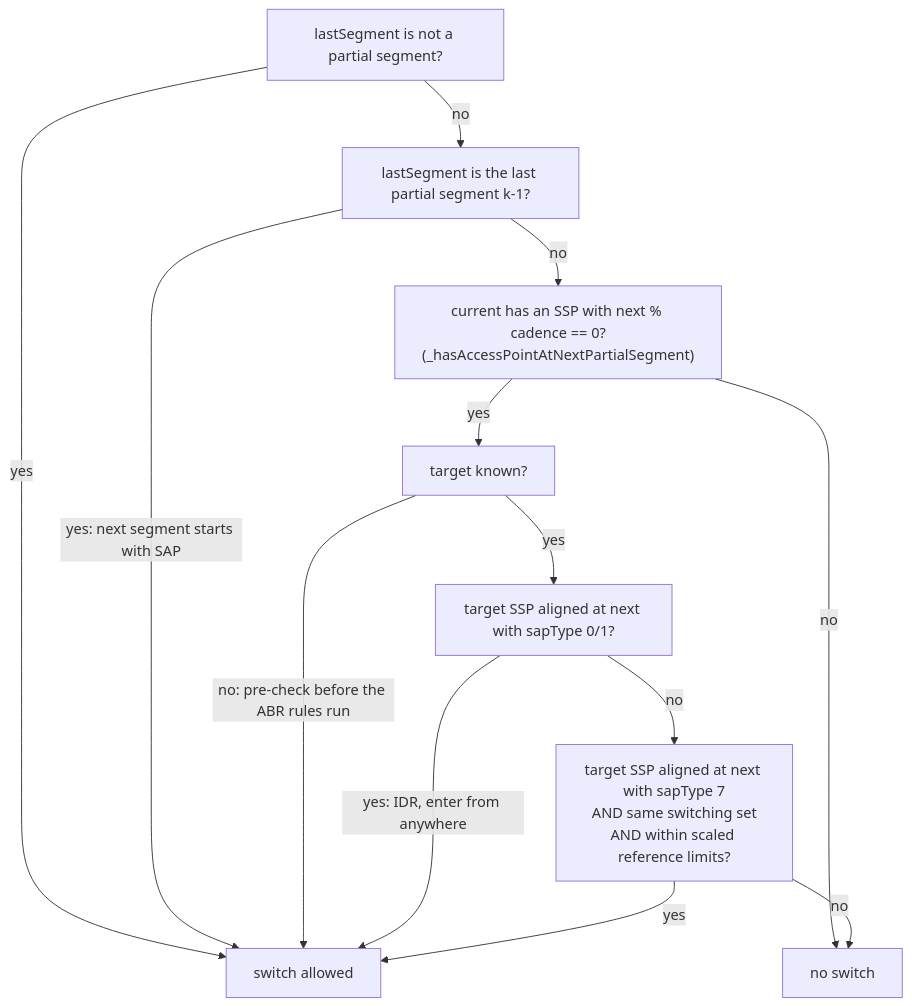
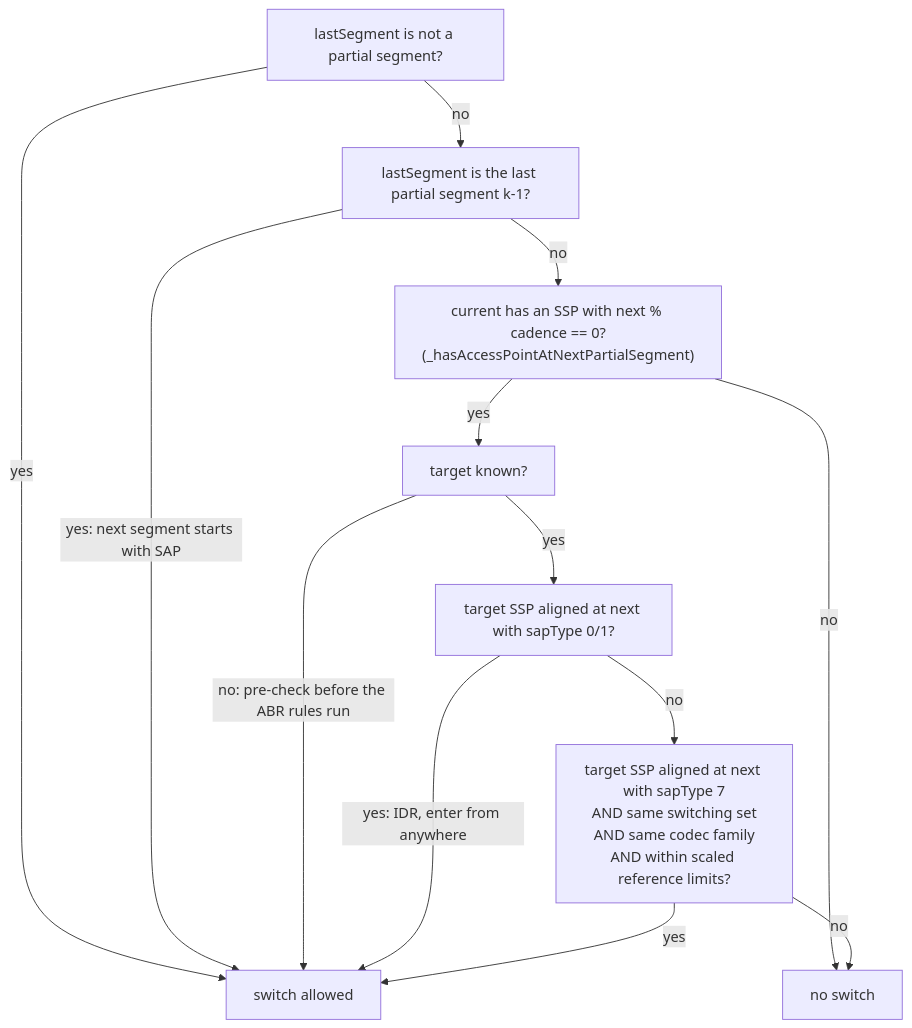
One commit to Dash-Industry-Forum/dash.js changed the diagram in docs/site/pages/developers/abr-s-frame-switching.md. Above: the diagram before and after it, drawn with Mermaid. The commit also changed other lines of this file, not shown here.

Commit message:
Document codec family check and random access after seek and forceReplace

````diff
--- a/docs/site/pages/developers/abr-s-frame-switching.md
+++ b/docs/site/pages/developers/abr-s-frame-switching.md
@@ -85,15 +85,15 @@
 ```mermaid
 flowchart TD
     A[lastSegment is not a partial segment?] -->|yes| OK[switch allowed]
     A -->|no| B[lastSegment is the last partial segment k-1?]
     B -->|yes: next segment starts with SAP| OK
     B -->|no| C["current has an SSP with next % cadence == 0?<br/>(_hasAccessPointAtNextPartialSegment)"]
     C -->|no| NO[no switch]
     C -->|yes| D[target known?]
     D -->|no: pre-check before the ABR rules run| OK
     D -->|yes| E["target SSP aligned at next with sapType 0/1?"]
     E -->|yes: IDR, enter from anywhere| OK
-    E -->|no| F["target SSP aligned at next with sapType 7<br/>AND same switching set<br/>AND within scaled reference limits?"]
+    E -->|no| F["target SSP aligned at next with sapType 7<br/>AND same switching set<br/>AND same codec family<br/>AND within scaled reference limits?"]
     F -->|yes| OK
     F -->|no| NO
 ```
````
